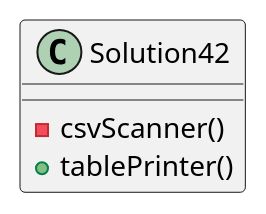
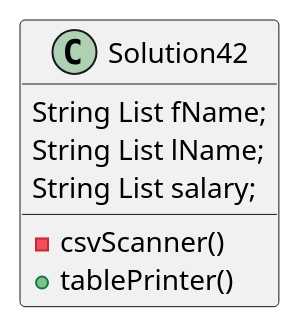
The diagram in exercise42/docs/Excercise42 UML.puml (azoomer2/zommer-a04), drawn with PlantUML before and after one commit. The commit also changed 3 other files, not shown here.

```diff
--- a/exercise42/docs/Excercise42 UML.puml
+++ b/exercise42/docs/Excercise42 UML.puml
@@ -1,12 +1,16 @@
 @startuml
 'https://plantuml.com/sequence-diagram
 
 class Solution42{
+    String List fName;
+    String List lName;
+    String List salary;
+
 
     -csvScanner()
     +tablePrinter()
 
 
 }
 
 @enduml
```
